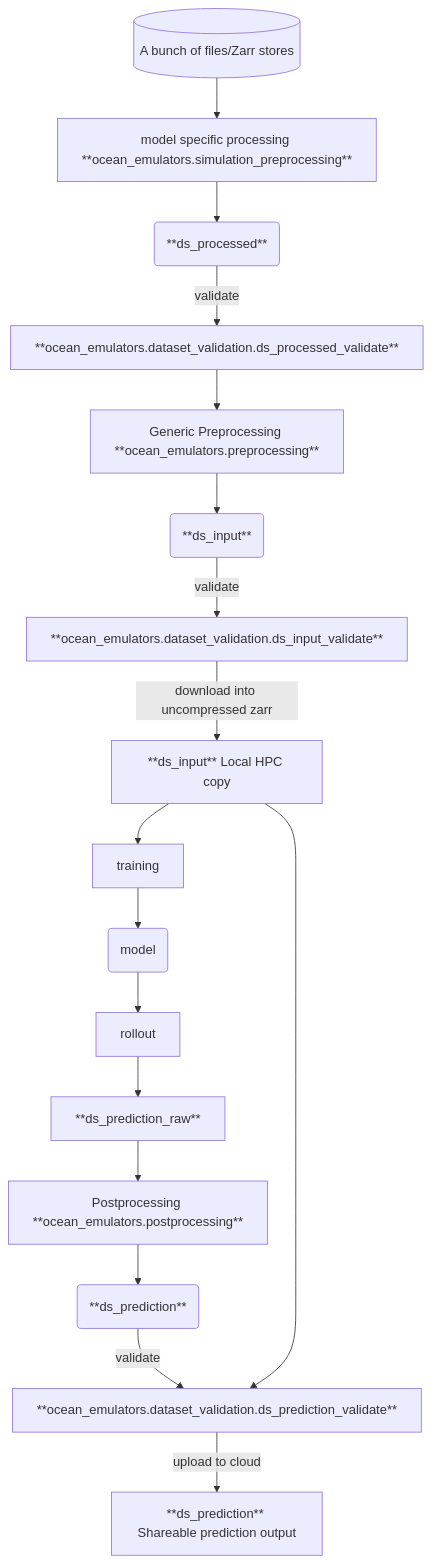
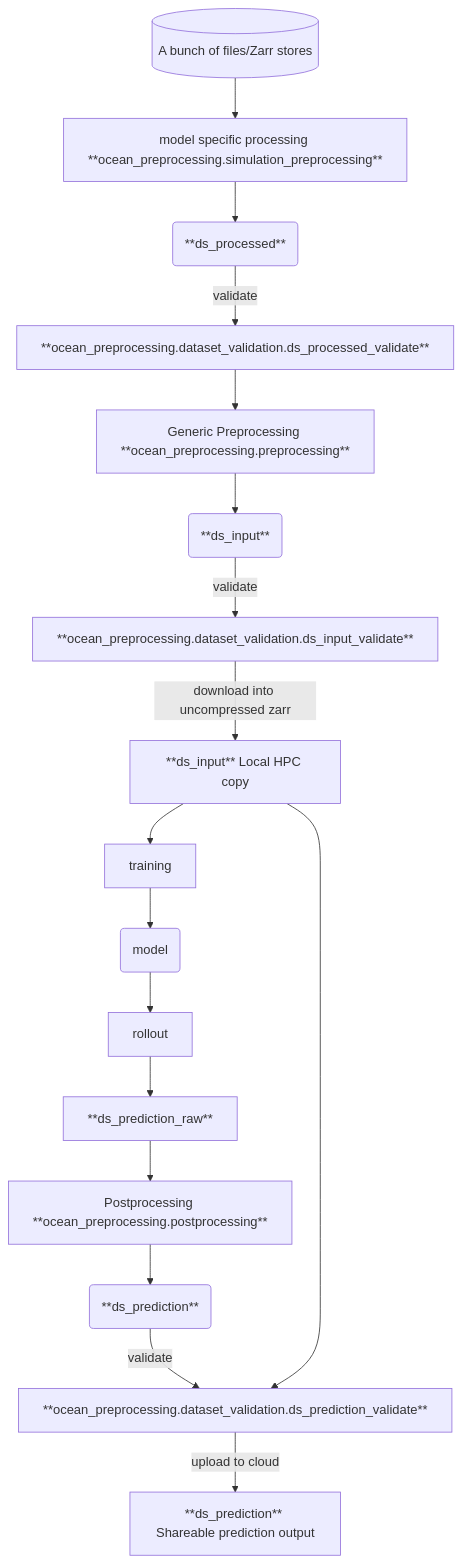
The diagram in data/README.md (m2lines/Samudra), drawn with Mermaid before and after one commit. The commit also changed other lines of this file and 39 other files, not shown here.

````diff
--- a/data/README.md
+++ b/data/README.md
@@ -130,19 +125,19 @@
 ```mermaid
 flowchart TD
-    a[(A bunch of files/Zarr stores)] --> A[model specific processing **ocean_emulators.simulation_preprocessing**]
+    a[(A bunch of files/Zarr stores)] --> A[model specific processing **ocean_preprocessing.simulation_preprocessing**]
     A -->  b(**ds_processed**)
-    b --> |validate| B[**ocean_emulators.dataset_validation.ds_processed_validate**]
-    B --> C[Generic Preprocessing **ocean_emulators.preprocessing**]
+    b --> |validate| B[**ocean_preprocessing.dataset_validation.ds_processed_validate**]
+    B --> C[Generic Preprocessing **ocean_preprocessing.preprocessing**]
     C --> c(**ds_input**)
-    c --> |validate| D[**ocean_emulators.dataset_validation.ds_input_validate**]
+    c --> |validate| D[**ocean_preprocessing.dataset_validation.ds_input_validate**]
     D --> |download into uncompressed zarr| CC[ **ds_input** Local HPC copy]
     CC --> E[training]
     E --> d(model)
     d --> F[rollout]
     F --> e[**ds_prediction_raw**]
-    e --> H[Postprocessing **ocean_emulators.postprocessing**]
+    e --> H[Postprocessing **ocean_preprocessing.postprocessing**]
     H --> f(**ds_prediction**)
-    f -->|validate| I[**ocean_emulators.dataset_validation.ds_prediction_validate**]
+    f -->|validate| I[**ocean_preprocessing.dataset_validation.ds_prediction_validate**]
     CC --> I
     I --> |upload to cloud| J[**ds_prediction** Shareable prediction output]
 ```
````
